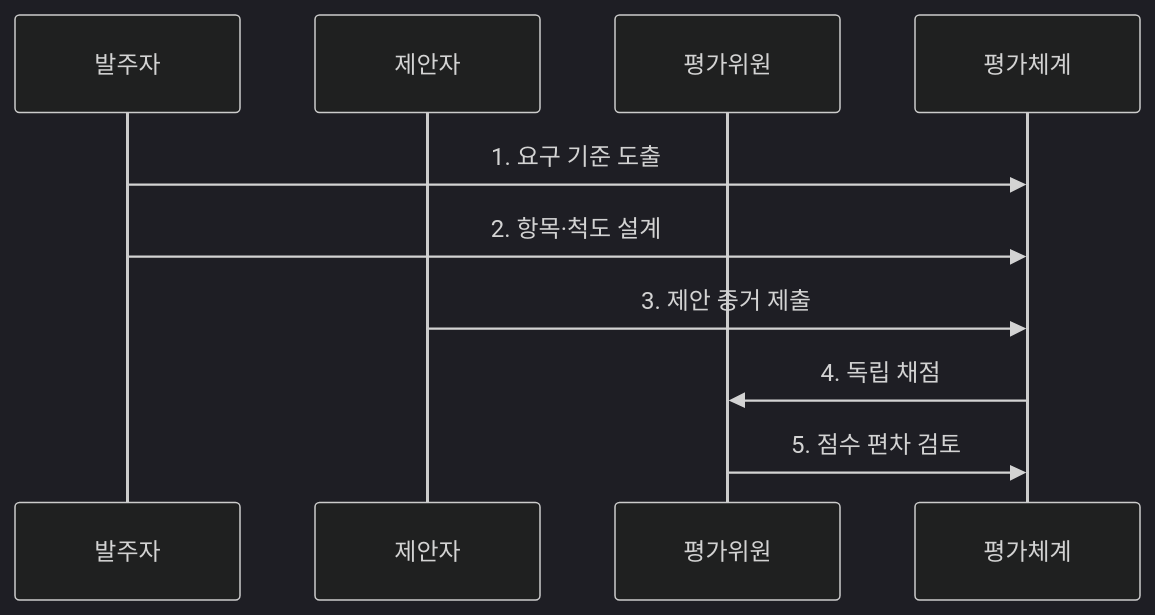
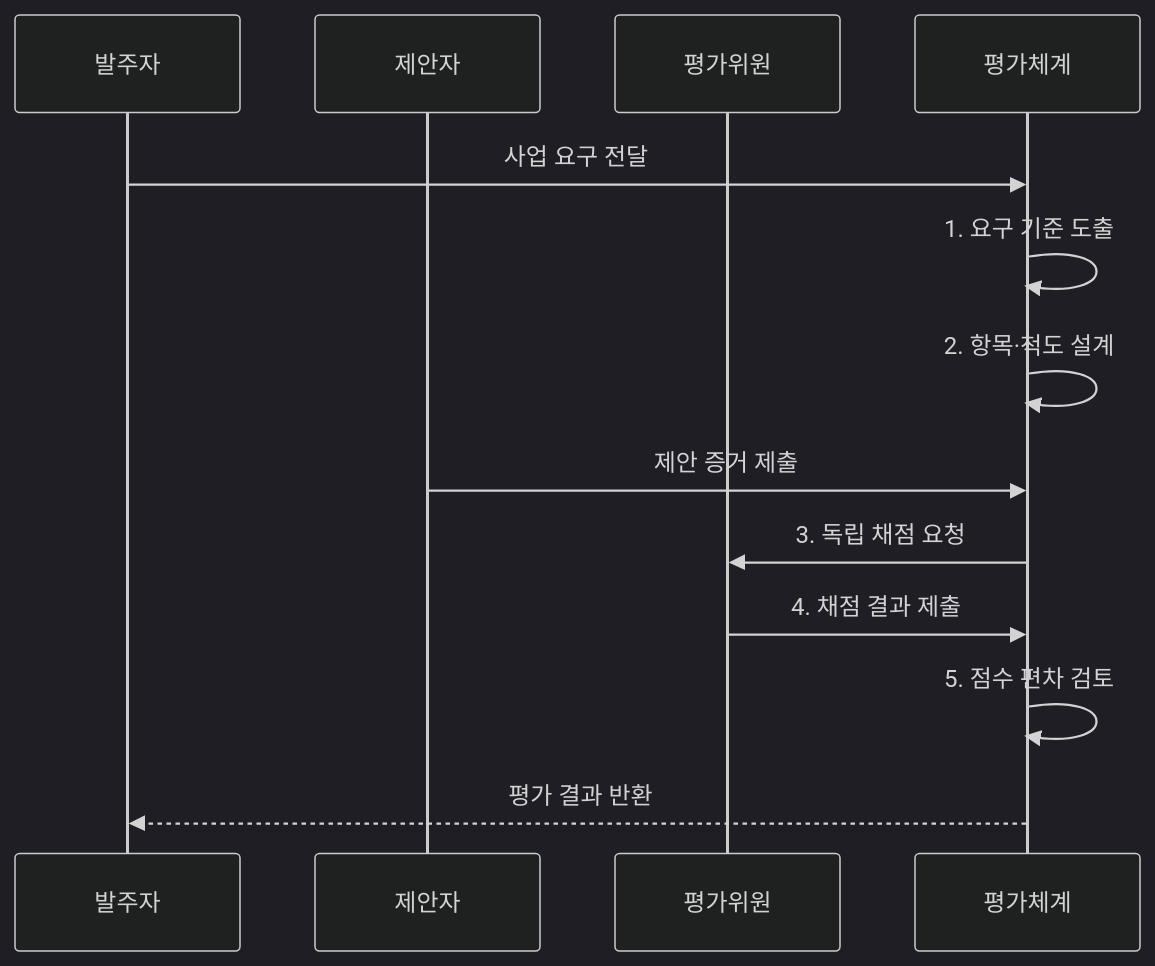
The second of 2 diagrams in src/content/docs/notes/03-software/224_software_technology_evaluation.md (agnusdei1207/knowledge-base), drawn with Mermaid (dark theme) before and after one commit. The commit also changed other lines of this file and 9 other files, not shown here.

````diff
--- a/src/content/docs/notes/03-software/224_software_technology_evaluation.md
+++ b/src/content/docs/notes/03-software/224_software_technology_evaluation.md
@@ -82,13 +87,16 @@
 ```mermaid
 sequenceDiagram
     participant 발주자
     participant 제안자
     participant 평가위원
     participant 평가체계
-    발주자->>평가체계: 1. 요구 기준 도출
-    발주자->>평가체계: 2. 항목·척도 설계
-    제안자->>평가체계: 3. 제안 증거 제출
-    평가체계->>평가위원: 4. 독립 채점
-    평가위원->>평가체계: 5. 점수 편차 검토
+    발주자->>평가체계: 사업 요구 전달
+    평가체계->>평가체계: 1. 요구 기준 도출
+    평가체계->>평가체계: 2. 항목·척도 설계
+    제안자->>평가체계: 제안 증거 제출
+    평가체계->>평가위원: 3. 독립 채점 요청
+    평가위원->>평가체계: 4. 채점 결과 제출
+    평가체계->>평가체계: 5. 점수 편차 검토
+    평가체계-->>발주자: 평가 결과 반환
 
 ```
````
